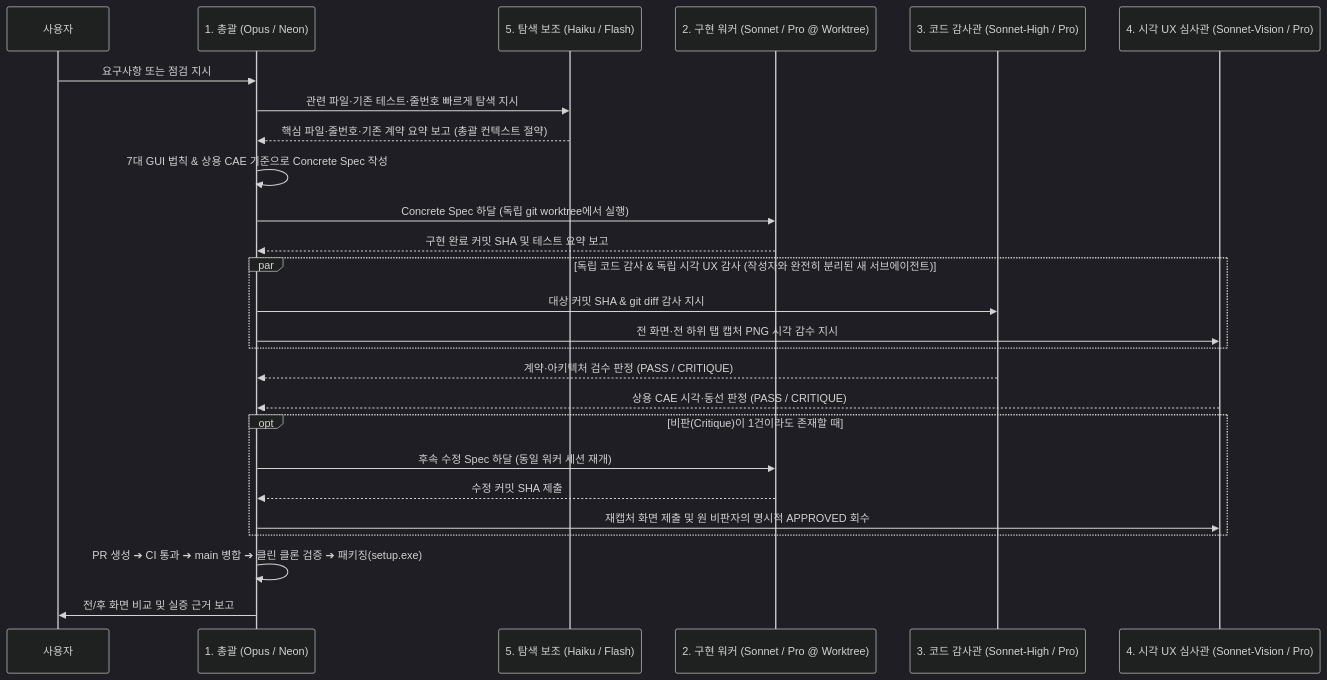
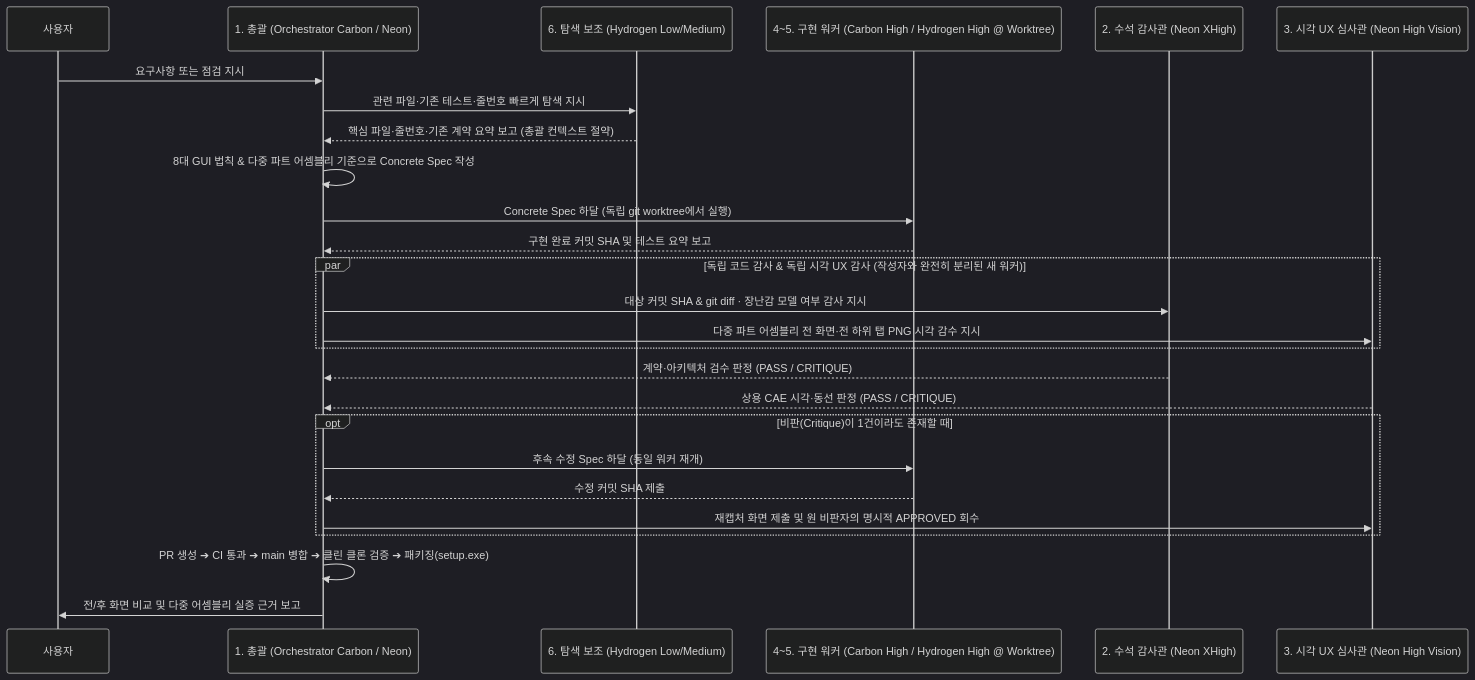
Before and after one commit to pikachu444/caelab-workbench: the second of 2 diagrams in docs/GEMINI_LEAD_METHODOLOGY.md, drawn with Mermaid (dark theme). The commit also changed other lines of this file and 5 other files, not shown here.

Commit message:
Reorganize team to Gemini 4 Neon/Carbon/Hydrogen and ban toy-fixture QA approvals (#112)

````diff
--- a/docs/GEMINI_LEAD_METHODOLOGY.md
+++ b/docs/GEMINI_LEAD_METHODOLOGY.md
@@ -117,29 +127,29 @@
 ```mermaid
 sequenceDiagram
     participant User as 사용자
-    participant Lead as 1. 총괄 (Opus / Neon)
-    participant Aux as 5. 탐색 보조 (Haiku / Flash)
-    participant Worker as 2. 구현 워커 (Sonnet / Pro @ Worktree)
-    participant CodeQA as 3. 코드 감사관 (Sonnet-High / Pro)
-    participant VisualQA as 4. 시각 UX 심사관 (Sonnet-Vision / Pro)
+    participant Lead as 1. 총괄 (Orchestrator Carbon / Neon)
+    participant Aux as 6. 탐색 보조 (Hydrogen Low/Medium)
+    participant Worker as 4~5. 구현 워커 (Carbon High / Hydrogen High @ Worktree)
+    participant CodeQA as 2. 수석 감사관 (Neon XHigh)
+    participant VisualQA as 3. 시각 UX 심사관 (Neon High Vision)
 
     User->>Lead: 요구사항 또는 점검 지시
     Lead->>Aux: 관련 파일·기존 테스트·줄번호 빠르게 탐색 지시
     Aux-->>Lead: 핵심 파일·줄번호·기존 계약 요약 보고 (총괄 컨텍스트 절약)
-    Lead->>Lead: 7대 GUI 법칙 & 상용 CAE 기준으로 Concrete Spec 작성
+    Lead->>Lead: 8대 GUI 법칙 & 다중 파트 어셈블리 기준으로 Concrete Spec 작성
     Lead->>Worker: Concrete Spec 하달 (독립 git worktree에서 실행)
     Worker-->>Lead: 구현 완료 커밋 SHA 및 테스트 요약 보고
-    par 독립 코드 감사 & 독립 시각 UX 감사 (작성자와 완전히 분리된 새 서브에이전트)
-        Lead->>CodeQA: 대상 커밋 SHA & git diff 감사 지시
-        Lead->>VisualQA: 전 화면·전 하위 탭 캡처 PNG 시각 감수 지시
+    par 독립 코드 감사 & 독립 시각 UX 감사 (작성자와 완전히 분리된 새 워커)
+        Lead->>CodeQA: 대상 커밋 SHA & git diff · 장난감 모델 여부 감사 지시
+        Lead->>VisualQA: 다중 파트 어셈블리 전 화면·전 하위 탭 PNG 시각 감수 지시
     end
     CodeQA-->>Lead: 계약·아키텍처 검수 판정 (PASS / CRITIQUE)
     VisualQA-->>Lead: 상용 CAE 시각·동선 판정 (PASS / CRITIQUE)
     opt 비판(Critique)이 1건이라도 존재할 때
-        Lead->>Worker: 후속 수정 Spec 하달 (동일 워커 세션 재개)
+        Lead->>Worker: 후속 수정 Spec 하달 (동일 워커 재개)
         Worker-->>Lead: 수정 커밋 SHA 제출
         Lead->>VisualQA: 재캡처 화면 제출 및 원 비판자의 명시적 APPROVED 회수
     end
     Lead->>Lead: PR 생성 ➔ CI 통과 ➔ main 병합 ➔ 클린 클론 검증 ➔ 패키징(setup.exe)
-    Lead->>User: 전/후 화면 비교 및 실증 근거 보고
+    Lead->>User: 전/후 화면 비교 및 다중 어셈블리 실증 근거 보고
 ```
````
